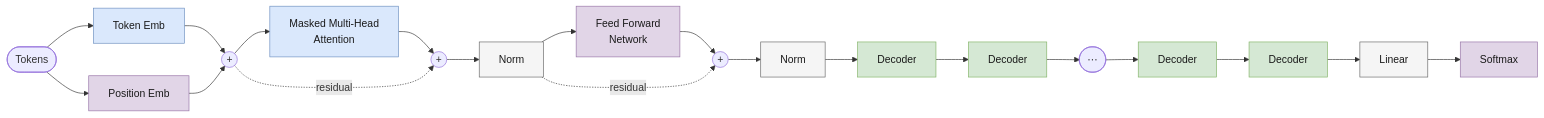
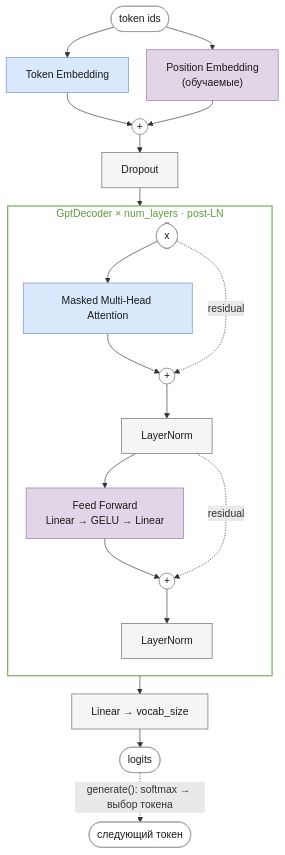
Before and after one commit to pese-git/llm-arch-research: the diagram in README.md, drawn with Mermaid. The commit also changed other lines of this file and 8 other files, not shown here.

First line of the commit message:
docs: redraw architecture diagrams in Mermaid, show RoPE explicitly

````diff
--- a/README.md
+++ b/README.md
@@ -142,21 +142,38 @@
 ```mermaid
-flowchart LR
-    Tokens(["Tokens"]) --> TokEmb["Token Emb"]:::blue
-    Tokens --> PosEmb["Position Emb"]:::purple
-    TokEmb --> Sum(("+"))
+%%{init: {"flowchart": {"rankSpacing": 28, "nodeSpacing": 28}}}%%
+flowchart TB
+    Ids(["token ids"]):::io --> TokEmb["Token Embedding"]:::blue
+    Ids --> PosEmb["Position Embedding<br/>(обучаемые)"]:::purple
+    TokEmb --> Sum(("+")):::add
     PosEmb --> Sum
-    Sum --> Attn["Masked Multi-Head<br/>Attention"]:::blue
-    Attn --> A1(("+"))
-    Sum -.->|residual| A1
-    A1 --> N1["Norm"]:::gray
-    N1 --> FFN["Feed Forward<br/>Network"]:::purple
-    FFN --> A2(("+"))
-    N1 -.->|residual| A2
-    A2 --> N2["Norm"]:::gray
-    N2 --> Dc2["Decoder"]:::green --> Dc3["Decoder"]:::green --> Dots(["⋯"]) --> Dc4["Decoder"]:::green --> Dc5["Decoder"]:::green --> Lin["Linear"]:::gray --> Soft["Softmax"]:::purple
+    Sum --> Drop["Dropout"]:::gray
+    subgraph Dec["GptDecoder × num_layers · post-LN"]
+        direction TB
+        X(["x"]):::io --> Attn["Masked Multi-Head Attention"]:::blue
+        Attn --> A1(("+")):::add
+        X -. residual .-> A1
+        A1 --> N1["LayerNorm"]:::gray
+        N1 --> FFN["Feed Forward<br/>Linear → GELU → Linear"]:::purple
+        FFN --> A2(("+")):::add
+        N1 -. residual .-> A2
+        A2 --> N2["LayerNorm"]:::gray
+    end
+    Drop --> Dec
+    Dec --> Lin
+    Lin["Linear → vocab_size"]:::gray --> Out(["logits"]):::io
+    Out -. "generate(): softmax → выбор токена" .-> Next(["следующий токен"]):::io
+    style Dec fill:transparent,stroke:#82b366,stroke-width:2px,color:#5b9a3c
 
+    classDef io fill:#ffffff,stroke:#999999,color:#1a1a1a;
+    classDef add fill:#ffffff,stroke:#666666,color:#1a1a1a;
     classDef blue fill:#dae8fc,stroke:#6c8ebf,color:#1a1a1a;
+    classDef blueHl fill:#dae8fc,stroke:#2f5f9e,stroke-width:3px,color:#1a1a1a;
     classDef purple fill:#e1d5e7,stroke:#9673a6,color:#1a1a1a;
-    classDef green fill:#d5e8d4,stroke:#82b366,color:#1a1a1a;
+    classDef purpleHl fill:#e1d5e7,stroke:#6a3d85,stroke-width:3px,color:#1a1a1a;
     classDef gray fill:#f5f5f5,stroke:#666666,color:#1a1a1a;
+    classDef grayHl fill:#f5f5f5,stroke:#333333,stroke-width:3px,color:#1a1a1a;
+    classDef gold fill:#fff2cc,stroke:#d6b656,color:#1a1a1a;
+    classDef rope fill:#d5f0ec,stroke:#3a9e8f,color:#1a1a1a;
+    classDef ropeHl fill:#d5f0ec,stroke:#1f6f63,stroke-width:3px,color:#1a1a1a;
+    classDef dim fill:#f5f5f5,stroke:#bbbbbb,color:#999999,stroke-dasharray:4 3;
 ```
````
